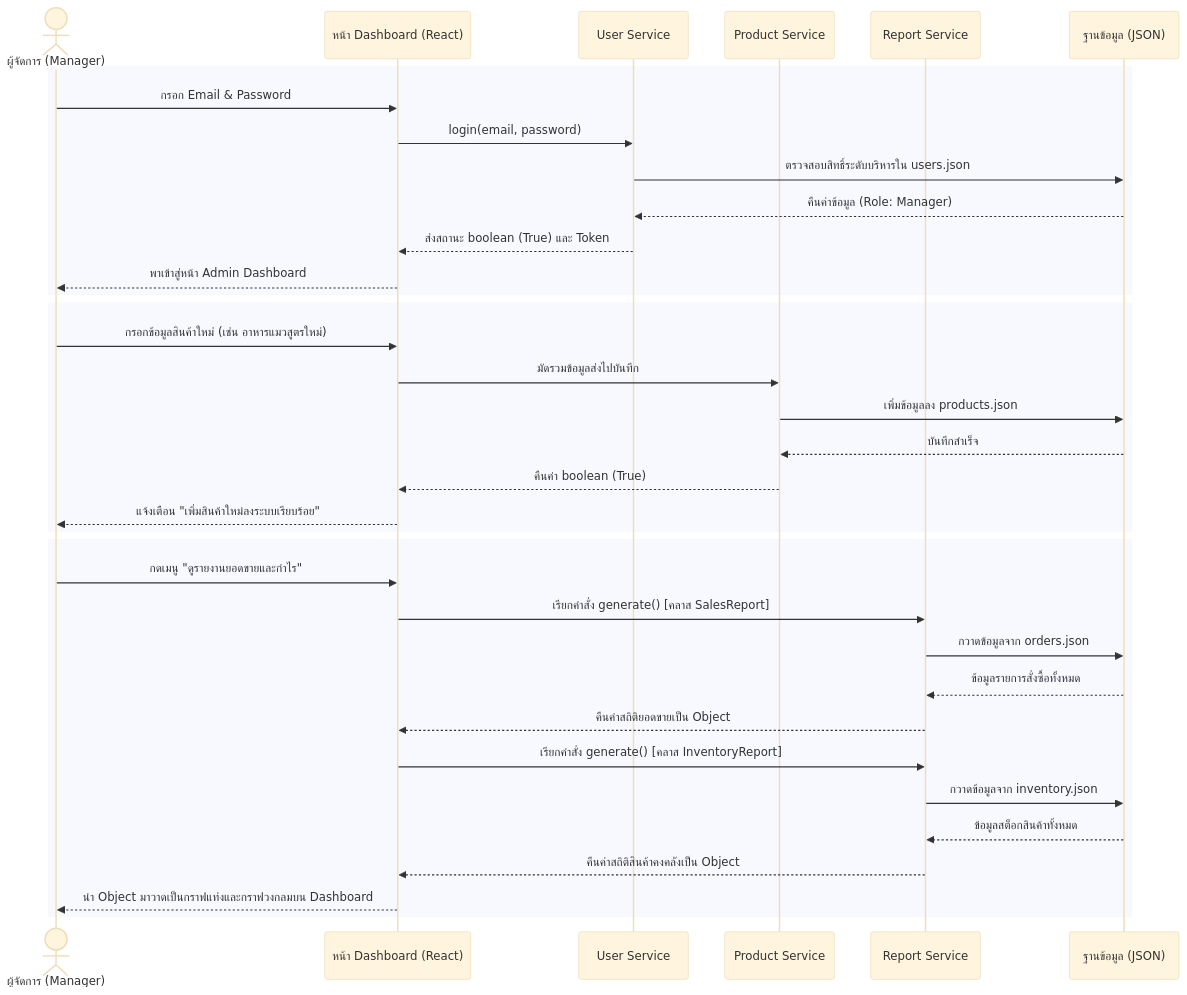
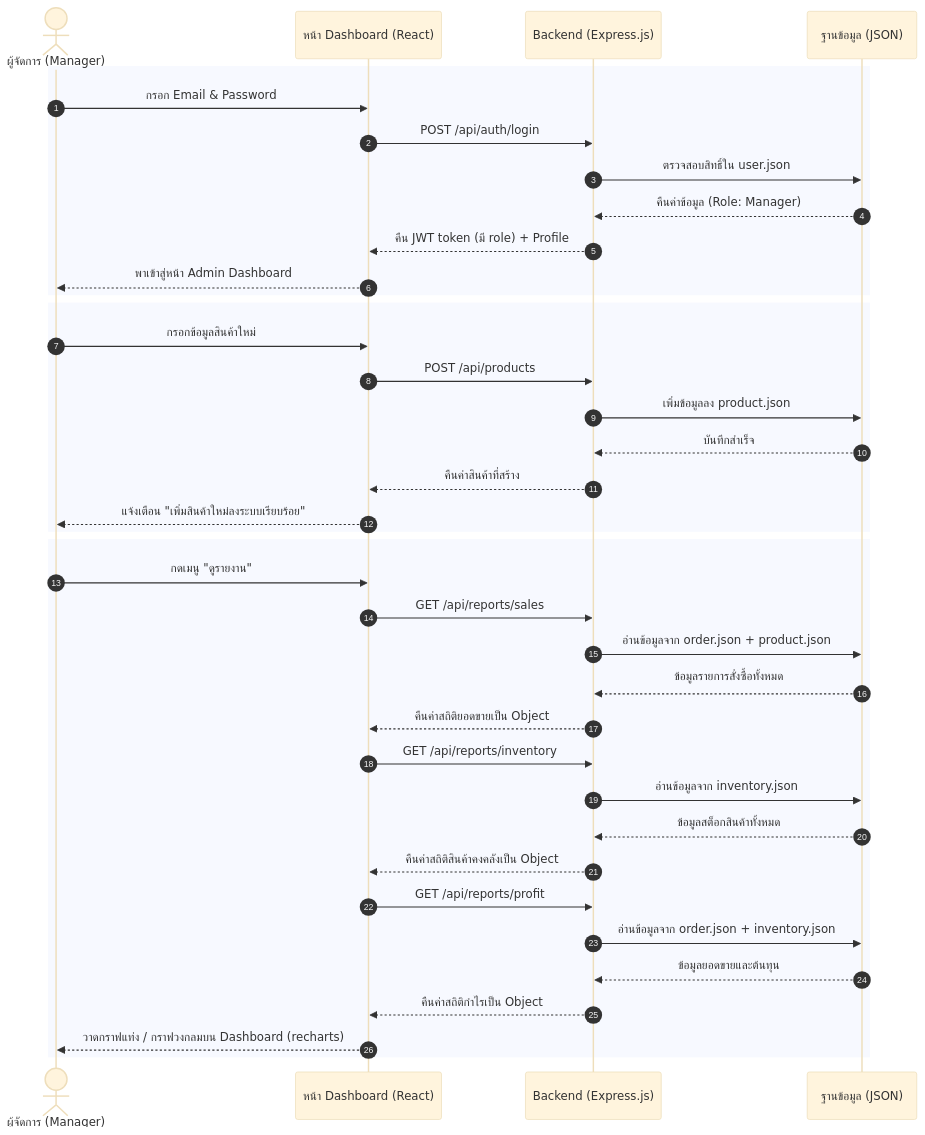
Before and after one commit to KumPong/petshop: the fifth of 6 diagrams in README.md, drawn with Mermaid (base theme). The commit also changed other lines of this file, not shown here.

Commit message:
feat: update class diagrams and sequence diagrams for user, order, and inventory management

````diff
--- a/README.md
+++ b/README.md
@@ -555,45 +575,49 @@
 ```mermaid
     sequenceDiagram
+    autoNumber
     actor Manager as ผู้จัดการ (Manager)
     participant UI as หน้า Dashboard (React)
-    participant US as User Service
-    participant PS as Product Service
-    participant RS as Report Service
+    participant API as Backend (Express.js)
     participant DB as ฐานข้อมูล (JSON)
 
     %% เฟส 1: การเข้าสู่ระบบ (Manager Login)
     rect
         Manager->>UI: กรอก Email & Password
-        UI->>US: login(email, password)
-        US->>DB: ตรวจสอบสิทธิ์ระดับบริหารใน users.json
-        DB-->>US: คืนค่าข้อมูล (Role: Manager)
-        US-->>UI: ส่งสถานะ boolean (True) และ Token
+        UI->>API: POST /api/auth/login
+        API->>DB: ตรวจสอบสิทธิ์ใน user.json
+        DB-->>API: คืนค่าข้อมูล (Role: Manager)
+        API-->>UI: คืน JWT token (มี role) + Profile
         UI-->>Manager: พาเข้าสู่หน้า Admin Dashboard
     end
 
-    %% เฟส 2: การจัดการสินค้า (Manage Catalog)
+    %% เฟส 2: การจัดการสินค้า (Manage Products)
     rect
-        Manager->>UI: กรอกข้อมูลสินค้าใหม่ (เช่น อาหารแมวสูตรใหม่)
-        UI->>PS: มัดรวมข้อมูลส่งไปบันทึก
-        PS->>DB: เพิ่มข้อมูลลง products.json
-        DB-->>PS: บันทึกสำเร็จ
-        PS-->>UI: คืนค่า boolean (True)
+        Manager->>UI: กรอกข้อมูลสินค้าใหม่
+        UI->>API: POST /api/products
+        API->>DB: เพิ่มข้อมูลลง product.json
+        DB-->>API: บันทึกสำเร็จ
+        API-->>UI: คืนค่าสินค้าที่สร้าง
         UI-->>Manager: แจ้งเตือน "เพิ่มสินค้าใหม่ลงระบบเรียบร้อย"
     end
 
     %% เฟส 3: การสร้างรายงาน (Generate Reports)
     rect
-        Manager->>UI: กดเมนู "ดูรายงานยอดขายและกำไร"
-        UI->>RS: เรียกคำสั่ง generate() [คลาส SalesReport]
-        RS->>DB: กวาดข้อมูลจาก orders.json
-        DB-->>RS: ข้อมูลรายการสั่งซื้อทั้งหมด
-        RS-->>UI: คืนค่าสถิติยอดขายเป็น Object
-        
-        UI->>RS: เรียกคำสั่ง generate() [คลาส InventoryReport]
-        RS->>DB: กวาดข้อมูลจาก inventory.json
-        DB-->>RS: ข้อมูลสต็อกสินค้าทั้งหมด
-        RS-->>UI: คืนค่าสถิติสินค้าคงคลังเป็น Object
-        
-        UI-->>Manager: นำ Object มาวาดเป็นกราฟแท่งและกราฟวงกลมบน Dashboard
+        Manager->>UI: กดเมนู "ดูรายงาน"
+        UI->>API: GET /api/reports/sales
+        API->>DB: อ่านข้อมูลจาก order.json + product.json
+        DB-->>API: ข้อมูลรายการสั่งซื้อทั้งหมด
+        API-->>UI: คืนค่าสถิติยอดขายเป็น Object
+
+        UI->>API: GET /api/reports/inventory
+        API->>DB: อ่านข้อมูลจาก inventory.json
+        DB-->>API: ข้อมูลสต็อกสินค้าทั้งหมด
+        API-->>UI: คืนค่าสถิติสินค้าคงคลังเป็น Object
+
+        UI->>API: GET /api/reports/profit
+        API->>DB: อ่านข้อมูลจาก order.json + inventory.json
+        DB-->>API: ข้อมูลยอดขายและต้นทุน
+        API-->>UI: คืนค่าสถิติกำไรเป็น Object
+
+        UI-->>Manager: วาดกราฟแท่ง / กราฟวงกลมบน Dashboard (recharts)
     end
 ```
````
